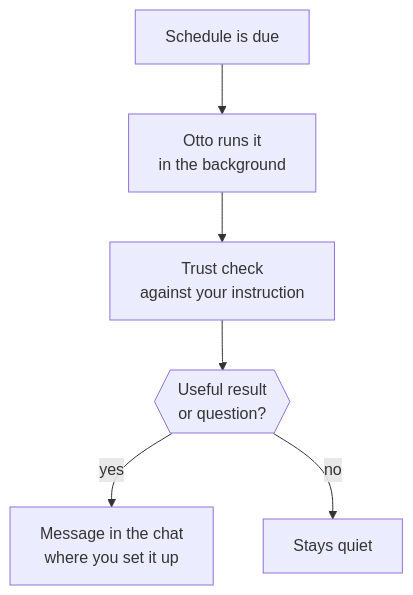
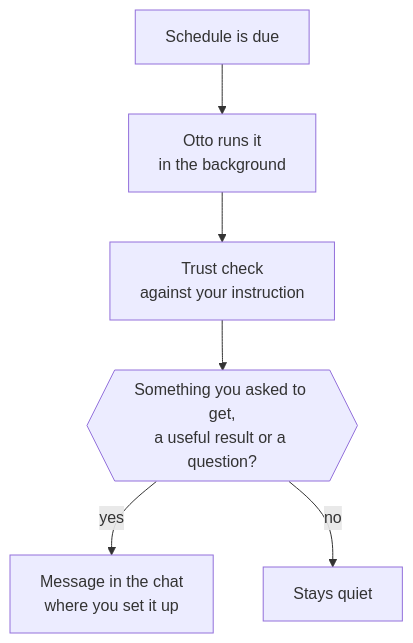
One commit to KrishBhimani/nod changed the diagram in docs/src/content/docs/use/schedules.md. Above: the diagram before and after it, drawn with Mermaid. The commit also changed other lines of this file and 41 other files, not shown here.

````diff
--- a/docs/src/content/docs/use/schedules.md
+++ b/docs/src/content/docs/use/schedules.md
@@ -36,8 +36,8 @@
 ```mermaid
 flowchart TD
   due[Schedule is due]:::accent --> run[Otto runs it<br/>in the background]
   run --> check[Trust check<br/>against your instruction]
-  check --> useful{{Useful result<br/>or question?}}
+  check --> useful{{Something you asked to get,<br/>a useful result or a question?}}
   useful -- yes --> send[Message in the chat<br/>where you set it up]:::go
   useful -- no --> quiet[Stays quiet]:::muted
 ```
````
